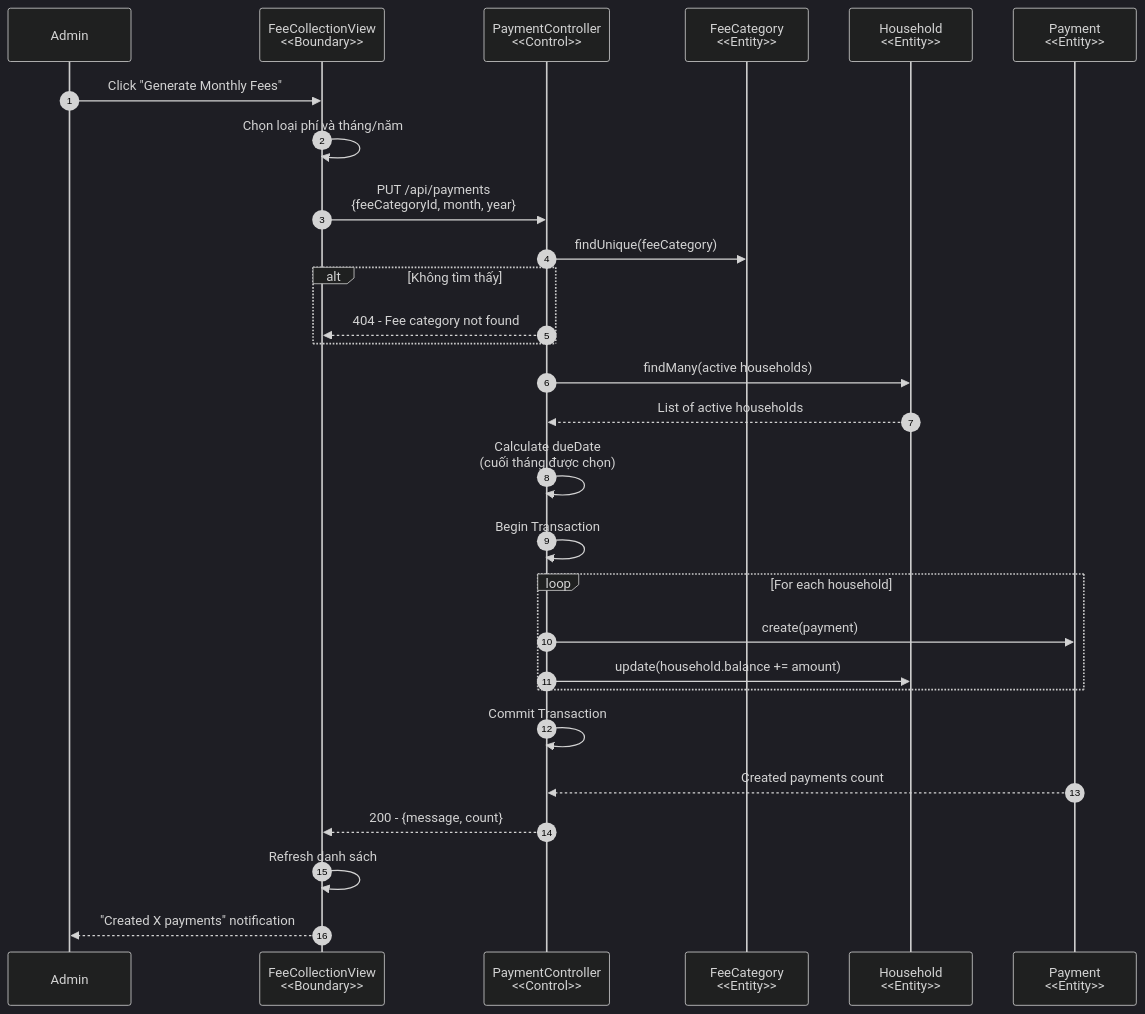
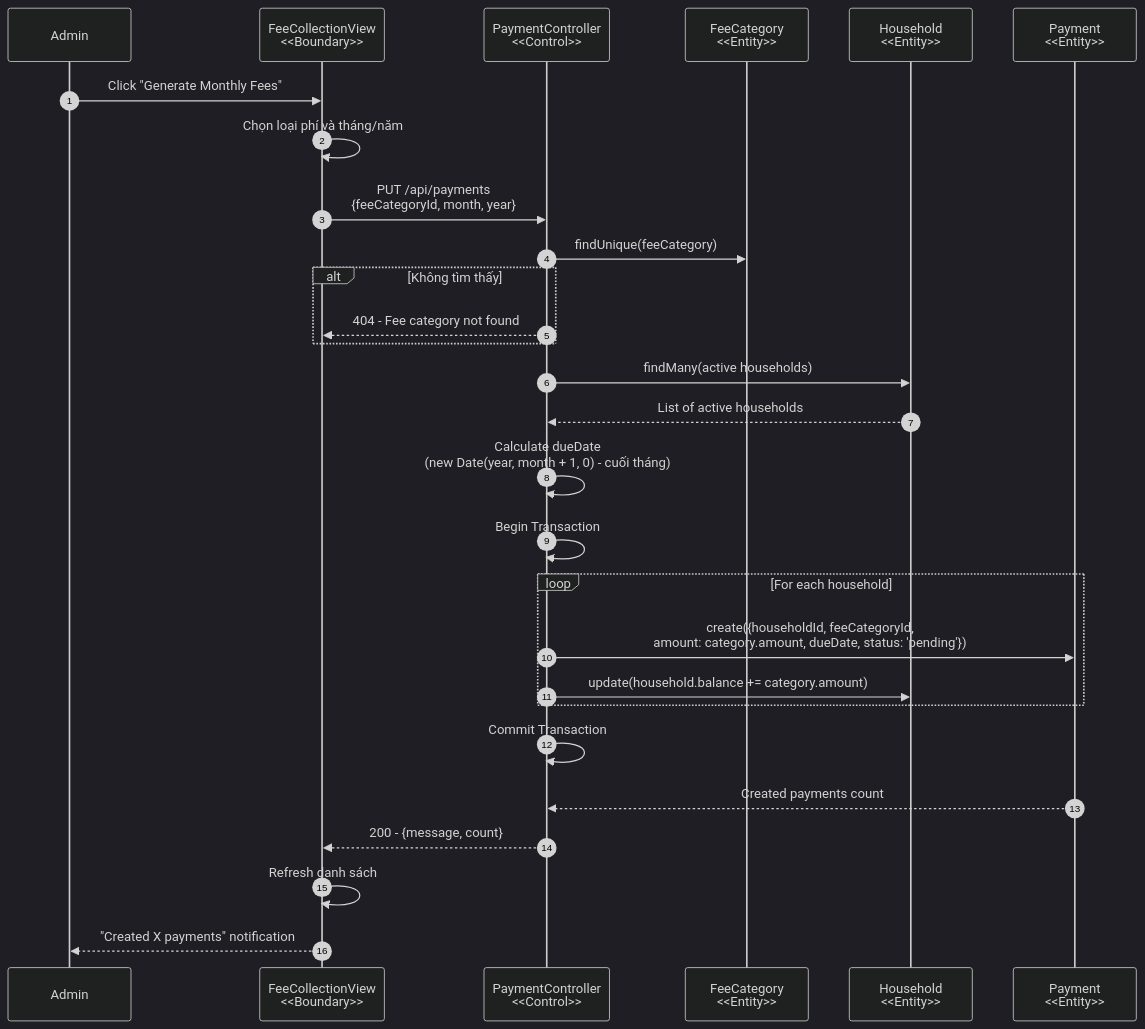
One commit to MinhNghia2010/Bluemoon changed diagram 15 of 25 in docs/sequence-diagrams.md. Above: the diagram before and after it, drawn with Mermaid. The commit also changed other lines of this file and 1 other file, not shown here.

````diff
--- a/docs/sequence-diagrams.md
+++ b/docs/sequence-diagrams.md
@@ -541,39 +560,39 @@
 ```mermaid
 %%{init: {'theme': 'dark'}}%%
 sequenceDiagram
     autonumber
     participant Admin as Admin
     participant View as FeeCollectionView<br/><<Boundary>>
     participant Controller as PaymentController<br/><<Control>>
     participant CategoryModel as FeeCategory<br/><<Entity>>
     participant HouseholdModel as Household<br/><<Entity>>
     participant PaymentModel as Payment<br/><<Entity>>
     
     Admin->>View: Click "Generate Monthly Fees"
     View->>View: Chọn loại phí và tháng/năm
     
     View->>Controller: PUT /api/payments<br/>{feeCategoryId, month, year}
     
     Controller->>CategoryModel: findUnique(feeCategory)
     alt Không tìm thấy
         Controller-->>View: 404 - Fee category not found
     end
     
     Controller->>HouseholdModel: findMany(active households)
     HouseholdModel-->>Controller: List of active households
     
-    Controller->>Controller: Calculate dueDate<br/>(cuối tháng được chọn)
+    Controller->>Controller: Calculate dueDate<br/>(new Date(year, month + 1, 0) - cuối tháng)
     
     Controller->>Controller: Begin Transaction
     loop For each household
-        Controller->>PaymentModel: create(payment)
-        Controller->>HouseholdModel: update(household.balance += amount)
+        Controller->>PaymentModel: create({householdId, feeCategoryId,<br/>amount: category.amount, dueDate, status: 'pending'})
+        Controller->>HouseholdModel: update(household.balance += category.amount)
     end
     Controller->>Controller: Commit Transaction
     
     PaymentModel-->>Controller: Created payments count
     Controller-->>View: 200 - {message, count}
     
     View->>View: Refresh danh sách
     View-->>Admin: "Created X payments" notification
 ```
````
